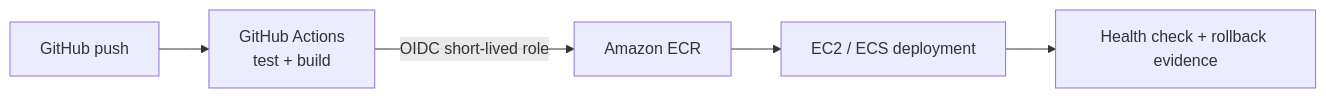
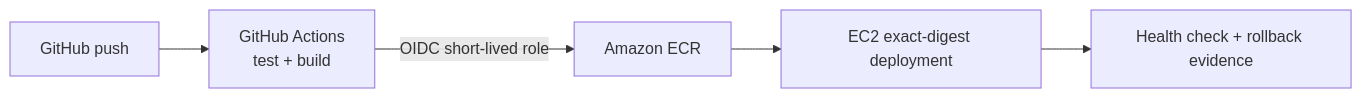
Before and after one commit to ChaoMing0815/AWS-cloud-lab: the fourth of 7 diagrams in docs/architecture/README.md, drawn with Mermaid. The commit also changed other lines of this file and 27 other files, not shown here.

````diff
--- a/docs/architecture/README.md
+++ b/docs/architecture/README.md
@@ -67,7 +69,7 @@
 ```mermaid
 flowchart LR
     G["GitHub push"] --> A["GitHub Actions<br/>test + build"]
     A -->|"OIDC short-lived role"| E["Amazon ECR"]
-    E --> D["EC2 / ECS deployment"]
+    E --> D["EC2 exact-digest deployment"]
     D --> H["Health check + rollback evidence"]
 ```
````
